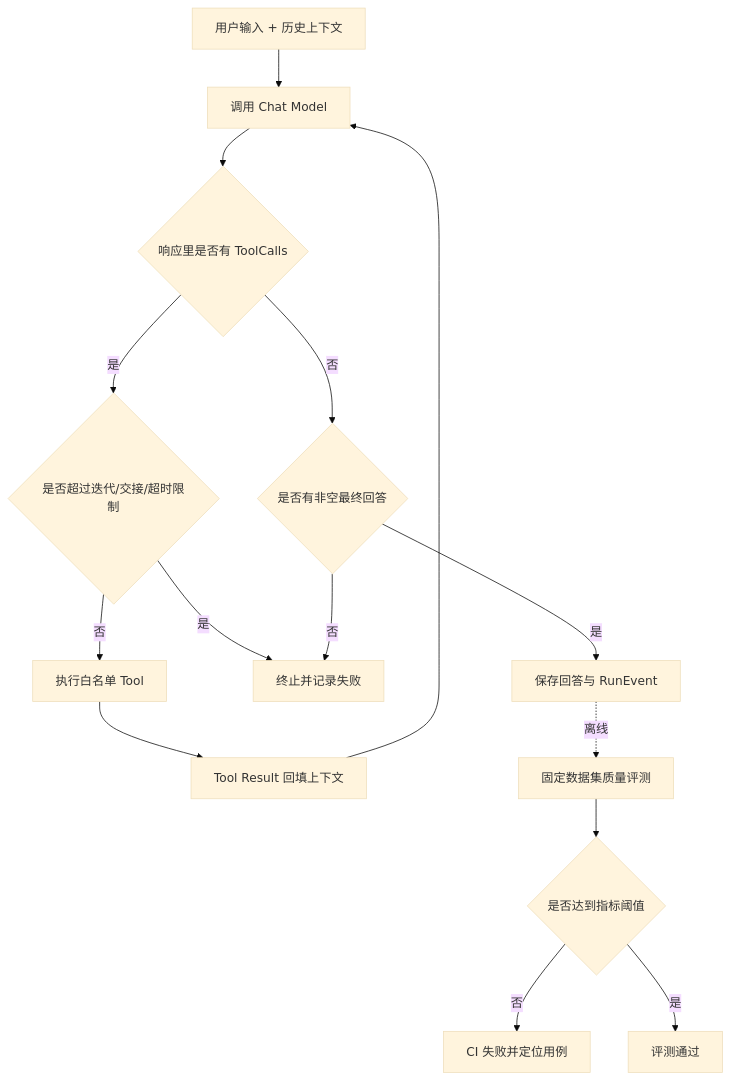
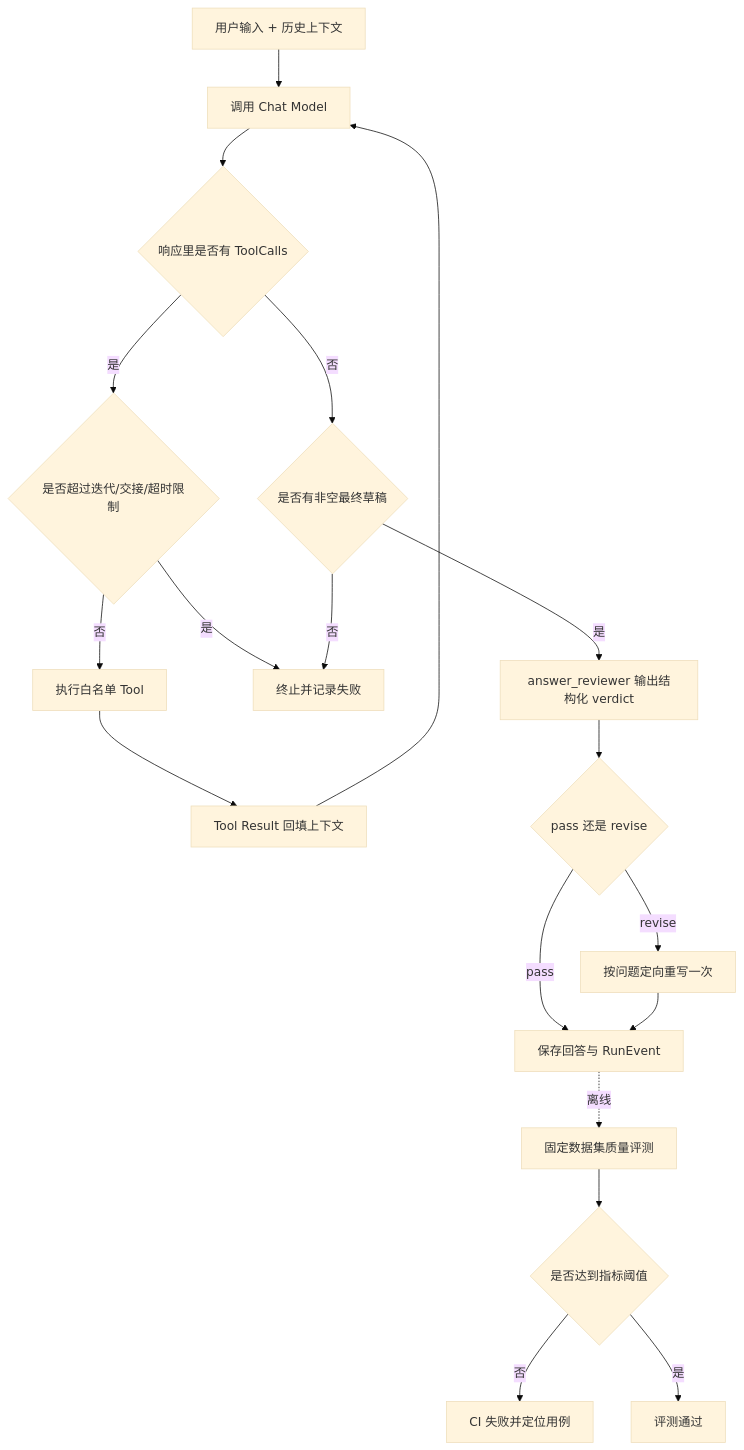
One commit to zora-DD/zora changed the fourth of 24 diagrams in docs/interview-questions.md. Above: the diagram before and after it, drawn with Mermaid (base theme). The commit also changed other lines of this file and 37 other files, not shown here.

````diff
--- a/docs/interview-questions.md
+++ b/docs/interview-questions.md
@@ -280,18 +282,22 @@
 ```mermaid
 flowchart TD
     Input["用户输入 + 历史上下文"] --> Model["调用 Chat Model"]
     Model --> Decision{"响应里是否有 ToolCalls"}
     Decision -- 是 --> Guard{"是否超过迭代/交接/超时限制"}
     Guard -- 否 --> Tool["执行白名单 Tool"]
     Tool --> Result["Tool Result 回填上下文"]
     Result --> Model
     Guard -- 是 --> Fail["终止并记录失败"]
-    Decision -- 否 --> Answer{"是否有非空最终回答"}
-    Answer -- 是 --> Done["保存回答与 RunEvent"]
+    Decision -- 否 --> Answer{"是否有非空最终草稿"}
+    Answer -- 是 --> Review["answer_reviewer 输出结构化 verdict"]
+    Review --> Verdict{"pass 还是 revise"}
+    Verdict -- pass --> Done["保存回答与 RunEvent"]
+    Verdict -- revise --> Rewrite["按问题定向重写一次"]
+    Rewrite --> Done
     Answer -- 否 --> Fail
 
     Done -. 离线 .-> Eval["固定数据集质量评测"]
     Eval --> Gate{"是否达到指标阈值"}
     Gate -- 否 --> CI["CI 失败并定位用例"]
     Gate -- 是 --> Pass["评测通过"]
 ```
````
